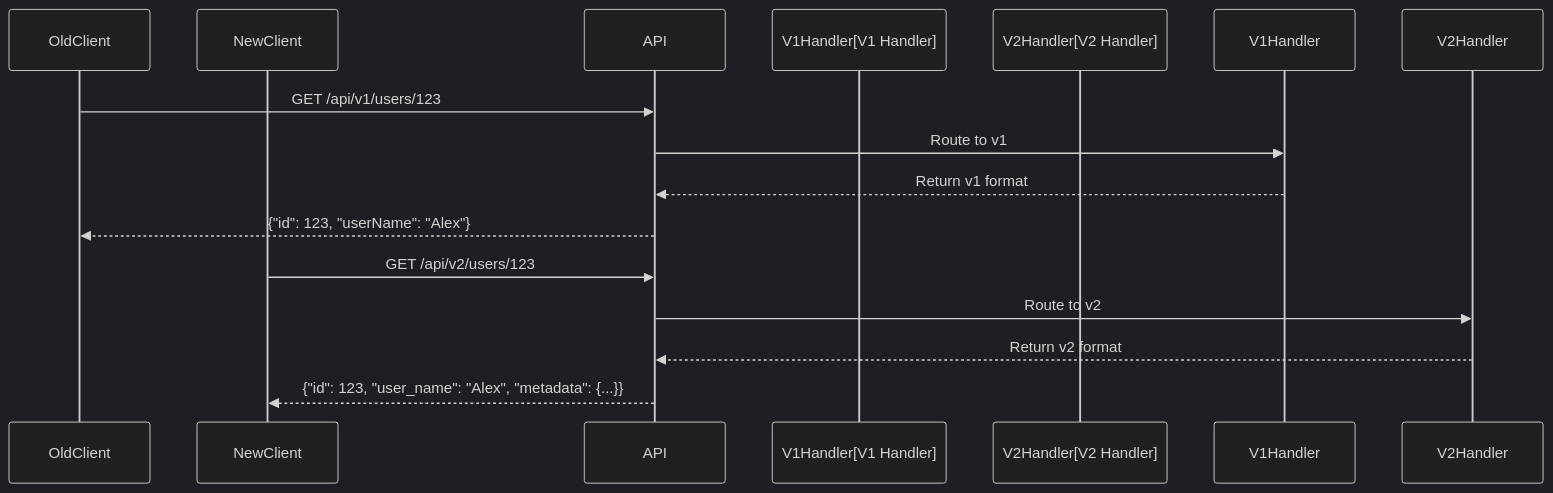
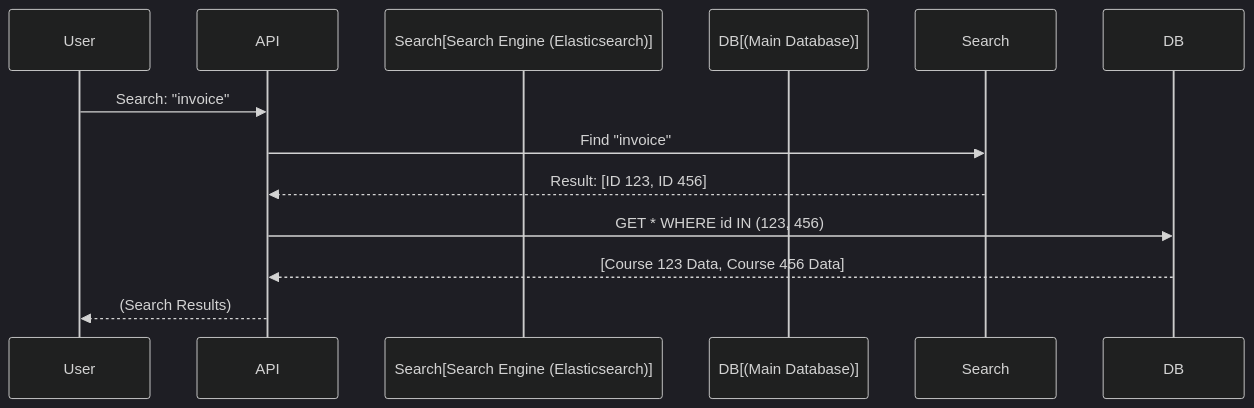
One commit to Param-Harrison/ebook-writer changed diagram 26 of 50 in books/know-the-why.md. Above: the diagram before and after it, drawn with Mermaid (dark theme). The commit also changed other lines of this file and 56 other files, not shown here.

````diff
--- a/books/know-the-why.md
+++ b/books/know-the-why.md
@@ -5671,18 +1476,15 @@
 ```mermaid
 sequenceDiagram
-    participant OldClient
-    participant NewClient
+    participant User
     participant API
-    participant V1Handler[V1 Handler]
-    participant V2Handler[V2 Handler]
+    participant Search[Search Engine (Elasticsearch)]
+    participant DB[(Main Database)]
 
-    OldClient->>API: GET /api/v1/users/123
-    API->>V1Handler: Route to v1
-    V1Handler-->>API: Return v1 format
-    API-->>OldClient: {"id": 123, "userName": "Alex"}
-
-    NewClient->>API: GET /api/v2/users/123
-    API->>V2Handler: Route to v2
-    V2Handler-->>API: Return v2 format
-    API-->>NewClient: {"id": 123, "user_name": "Alex", "metadata": {...}}
+    User->>API: Search: "invoice"
+    API->>Search: Find "invoice"
+    Search-->>API: Result: [ID 123, ID 456]
+    
+    API->>DB: GET * WHERE id IN (123, 456)
+    DB-->>API: [Course 123 Data, Course 456 Data]
+    API-->>User: (Search Results)
 ```
````
